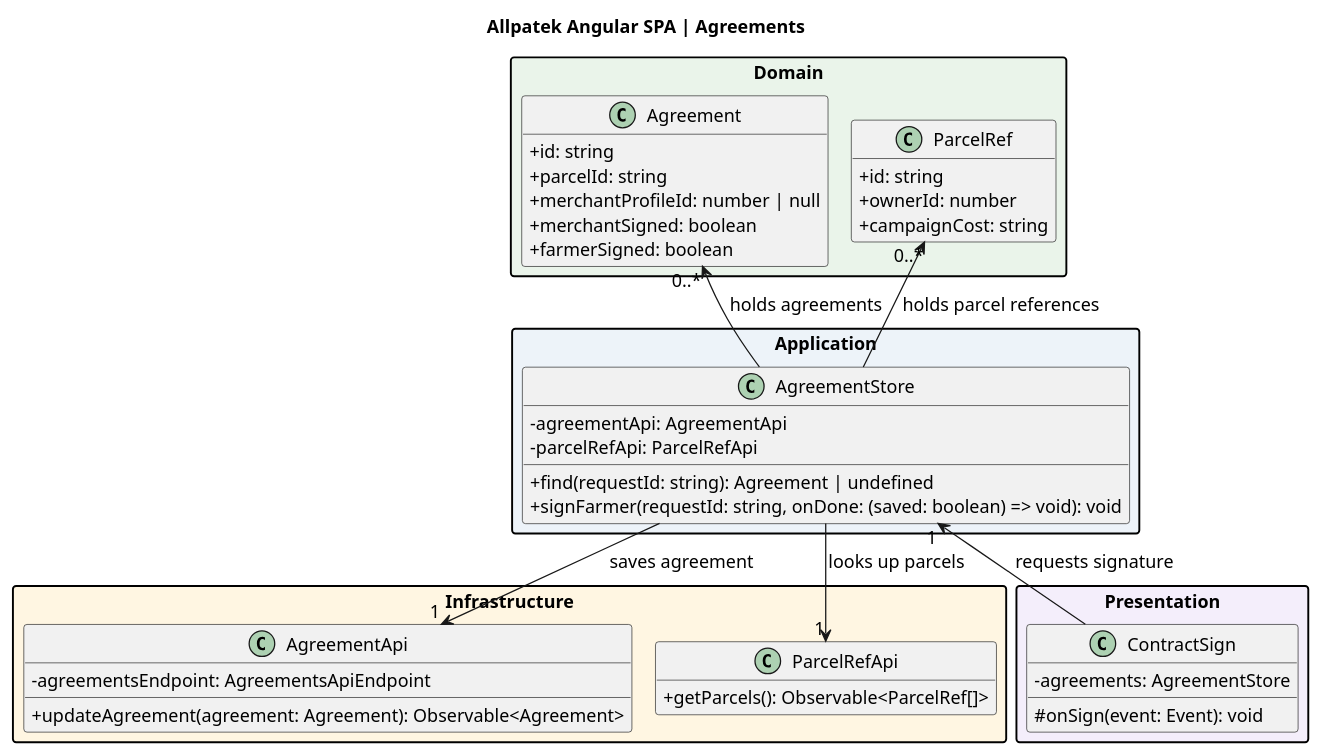
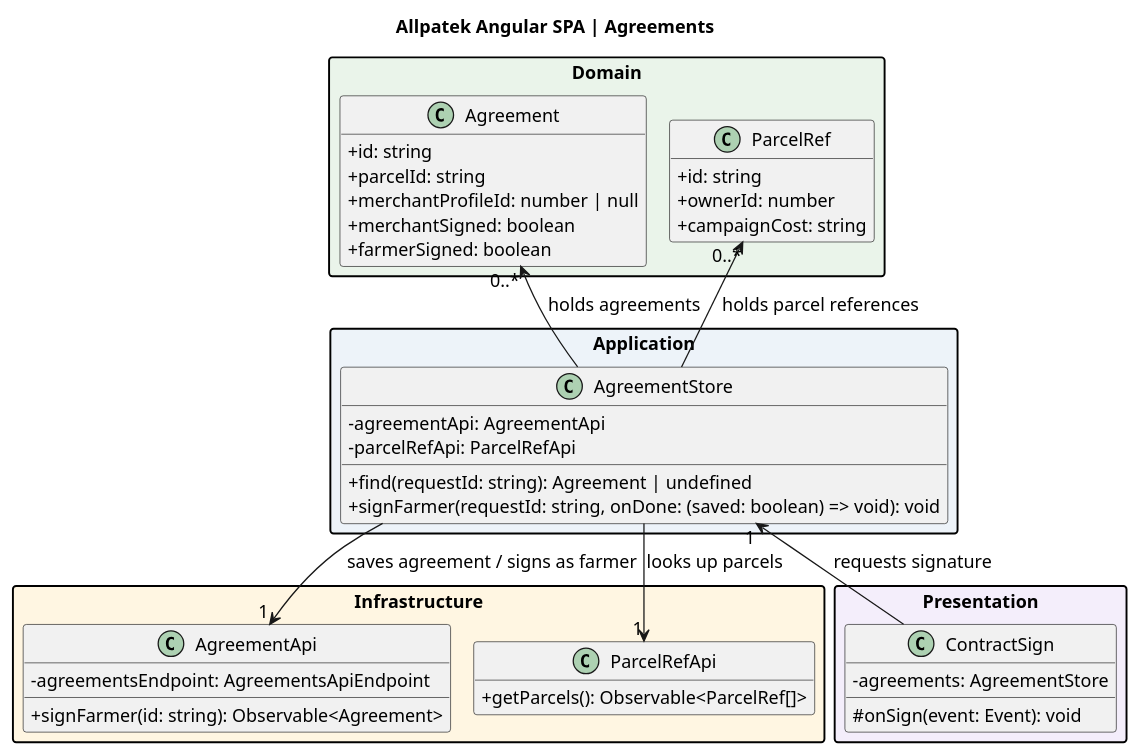
Before and after one commit to upc-pre-202620-1asi0729-7753-Terranova/allpatek-report: the diagram in assets/chapter-04/architecture/web-classes-agreements.puml, drawn with PlantUML. The commit also changed 2 other files, not shown here.

Commit message:
docs(uml): trace farmer signatures through the Angular agreement API

```diff
--- a/assets/chapter-04/architecture/web-classes-agreements.puml
+++ b/assets/chapter-04/architecture/web-classes-agreements.puml
@@ -1,53 +1,53 @@
 @startuml
 !pragma layout smetana
 skinparam backgroundColor white
 skinparam defaultFontName SansSerif
 skinparam defaultFontSize 14
 skinparam shadowing false
 skinparam classAttributeIconSize 0
 skinparam packageStyle rectangle
 hide empty members
 title Allpatek Angular SPA | Agreements
 package "Domain" #EAF4EA {
 class Agreement {
   +id: string
   +parcelId: string
   +merchantProfileId: number | null
   +merchantSigned: boolean
   +farmerSigned: boolean
 }
 class ParcelRef {
   +id: string
   +ownerId: number
   +campaignCost: string
 }
 }
 package "Application" #EDF3F9 {
 class AgreementStore {
   -agreementApi: AgreementApi
   -parcelRefApi: ParcelRefApi
   +find(requestId: string): Agreement | undefined
   +signFarmer(requestId: string, onDone: (saved: boolean) => void): void
 }
 }
 package "Infrastructure" #FFF6E2 {
 class AgreementApi {
   -agreementsEndpoint: AgreementsApiEndpoint
-  +updateAgreement(agreement: Agreement): Observable<Agreement>
+  +signFarmer(id: string): Observable<Agreement>
 }
 class ParcelRefApi {
   +getParcels(): Observable<ParcelRef[]>
 }
 }
 package "Presentation" #F4EEFB {
 class ContractSign {
   -agreements: AgreementStore
   #onSign(event: Event): void
 }
 }
 AgreementStore -up-> "0..*" Agreement : holds agreements
 AgreementStore -up-> "0..*" ParcelRef : holds parcel references
-AgreementStore --> "1" AgreementApi : saves agreement
+AgreementStore --> "1" AgreementApi : saves agreement / signs as farmer
 AgreementStore --> "1" ParcelRefApi : looks up parcels
 ContractSign -up-> "1" AgreementStore : requests signature
 @enduml
```
